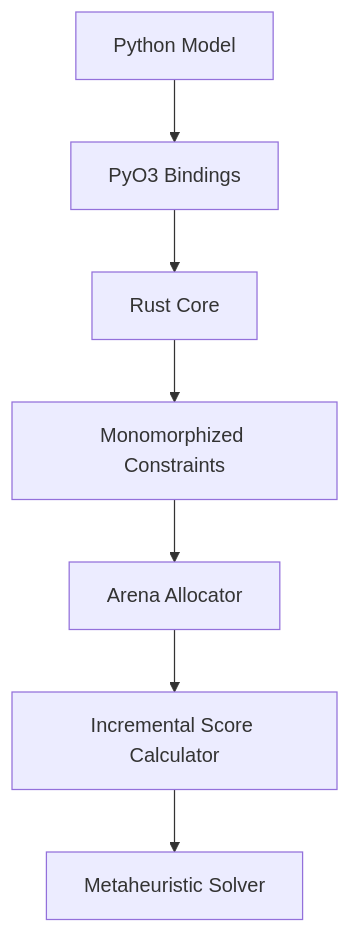
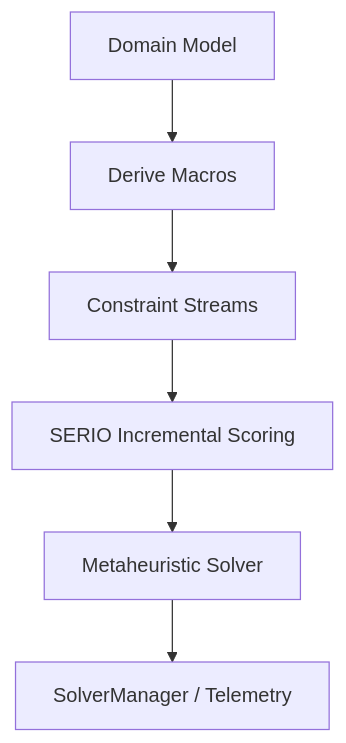
Before and after one commit to blackopsrepl/blackopsrepl: the diagram in content/Portfolio/1765120232288-SolverForge---a-constraint-programming-framework-for-Rust-and-Python/index.md, drawn with Mermaid. The commit also changed other lines of this file, not shown here.

Commit message:
content: refresh SolverForge portfolio entry

```diff
--- a/content/Portfolio/1765120232288-SolverForge---a-constraint-programming-framework-for-Rust-and-Python/index.md
+++ b/content/Portfolio/1765120232288-SolverForge---a-constraint-programming-framework-for-Rust-and-Python/index.md
@@ -48,11 +36,9 @@
 {{< mermaid >}}
 graph TD
-    A["Python Model"]
-
-    A --> B["PyO3 Bindings"]
-    B --> C["Rust Core"]
-    C --> D["Monomorphized Constraints"]
-    D --> E["Arena Allocator"]
-    E --> F["Incremental Score Calculator"]
-    F --> G["Metaheuristic Solver"]
+    A["Domain Model"]
+    A --> B["Derive Macros"]
+    B --> C["Constraint Streams"]
+    C --> D["SERIO Incremental Scoring"]
+    D --> E["Metaheuristic Solver"]
+    E --> F["SolverManager / Telemetry"]
 {{< /mermaid >}}
```
